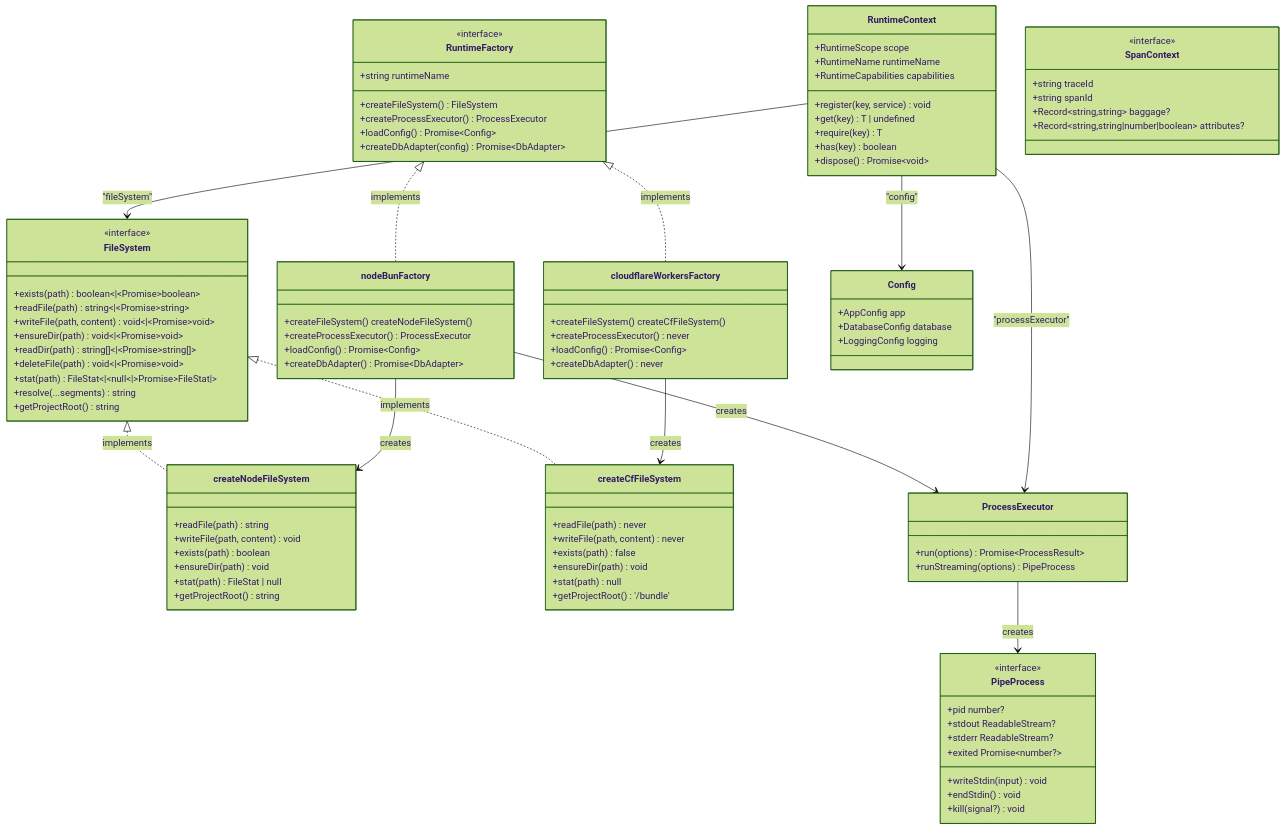
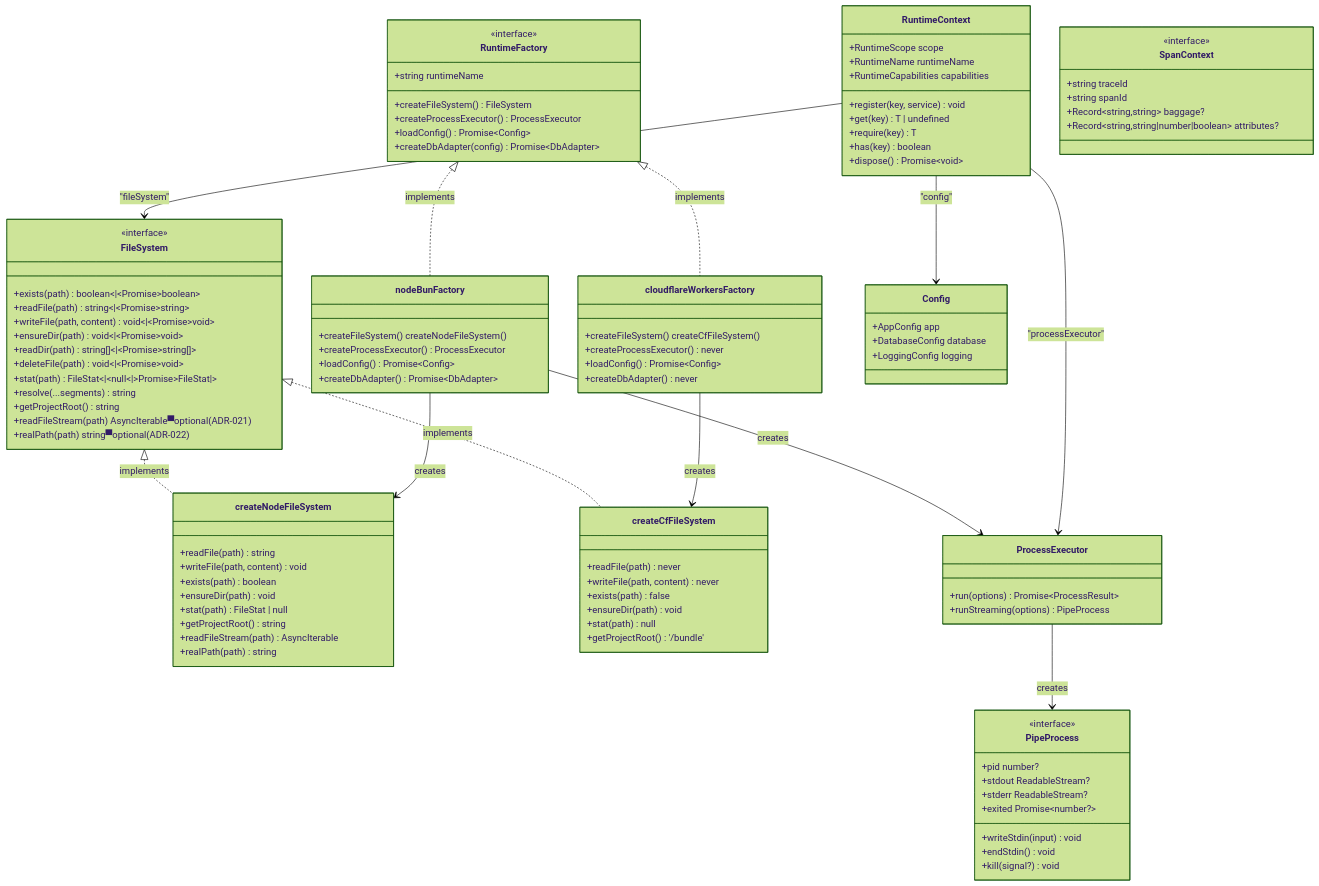
One commit to gobing-ai/ts-libs changed the diagram in packages/runtime/README.md. Above: the diagram before and after it, drawn with Mermaid (forest theme). The commit also changed other lines of this file and 28 other files, not shown here.

```diff
--- a/packages/runtime/README.md
+++ b/packages/runtime/README.md
@@ -63,6 +63,8 @@
         +stat(path) FileStat~|~null~|~Promise~FileStat|~
         +resolve(...segments) string
         +getProjectRoot() string
+        +readFileStream(path) AsyncIterable<string>▀optional (ADR-021)
+        +realPath(path) string▀optional (ADR-022)
     }
 
     class createNodeFileSystem {
@@ -72,6 +74,8 @@
         +ensureDir(path) void
         +stat(path) FileStat | null
         +getProjectRoot() string
+        +readFileStream(path) AsyncIterable<string>
+        +realPath(path) string
     }
 
     class createCfFileSystem {
```
